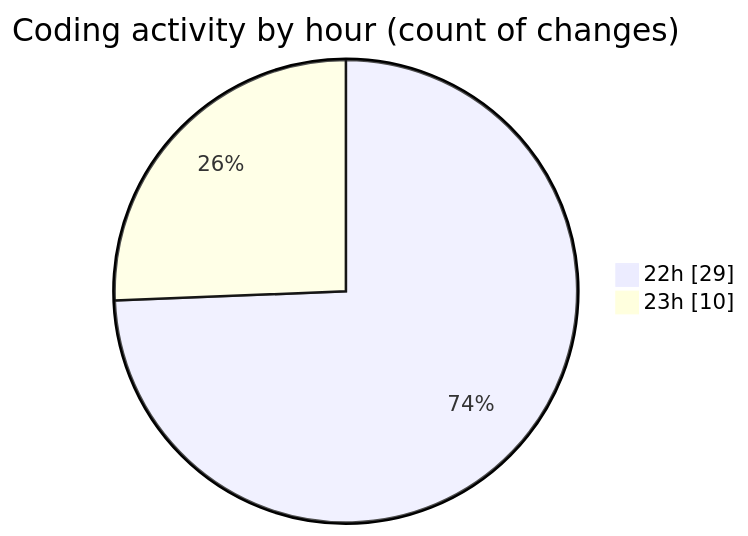
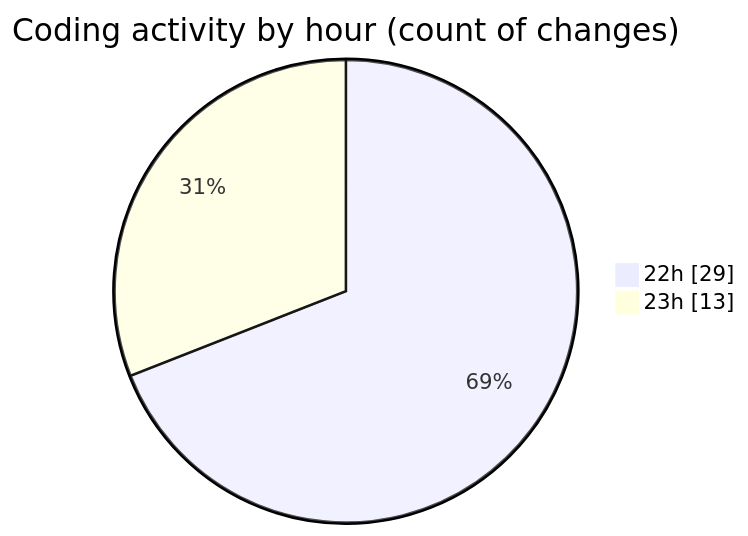
The second of 2 diagrams in 2025-10-19/scopecraft/README.md (Ritupan-Deka/code-tracking), drawn with Mermaid before and after one commit. The commit also changed other lines of this file and 1 other file, not shown here.

````diff
--- a/2025-10-19/scopecraft/README.md
+++ b/2025-10-19/scopecraft/README.md
@@ -33,6 +33,6 @@
 ```mermaid
 pie showData
 title Coding activity by hour (count of changes)
 "22h" : 29
-"23h" : 10
+"23h" : 13
 ```
````
